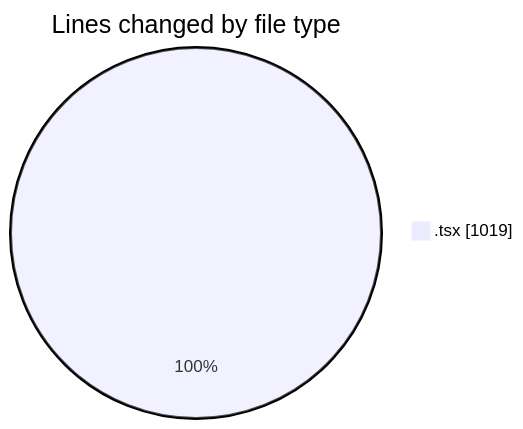
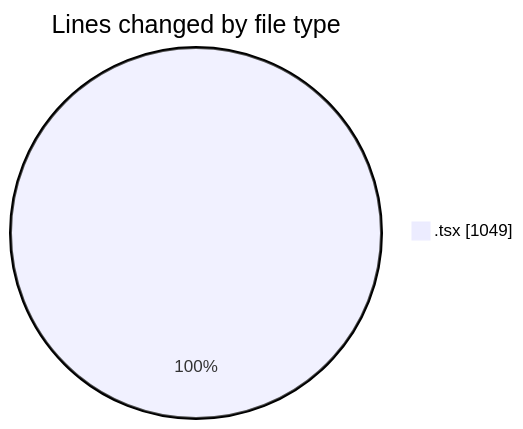
One commit to momahboobian/code-tracking changed the first of 2 diagrams in 2025-06-17/cda/README.md. Above: the diagram before and after it, drawn with Mermaid. The commit also changed other lines of this file and 1 other file, not shown here.

````diff
--- a/2025-06-17/cda/README.md
+++ b/2025-06-17/cda/README.md
@@ -21,5 +21,5 @@
 ```mermaid
 pie showData
 title Lines changed by file type
-".tsx" : 1019
+".tsx" : 1049
 ```
````
